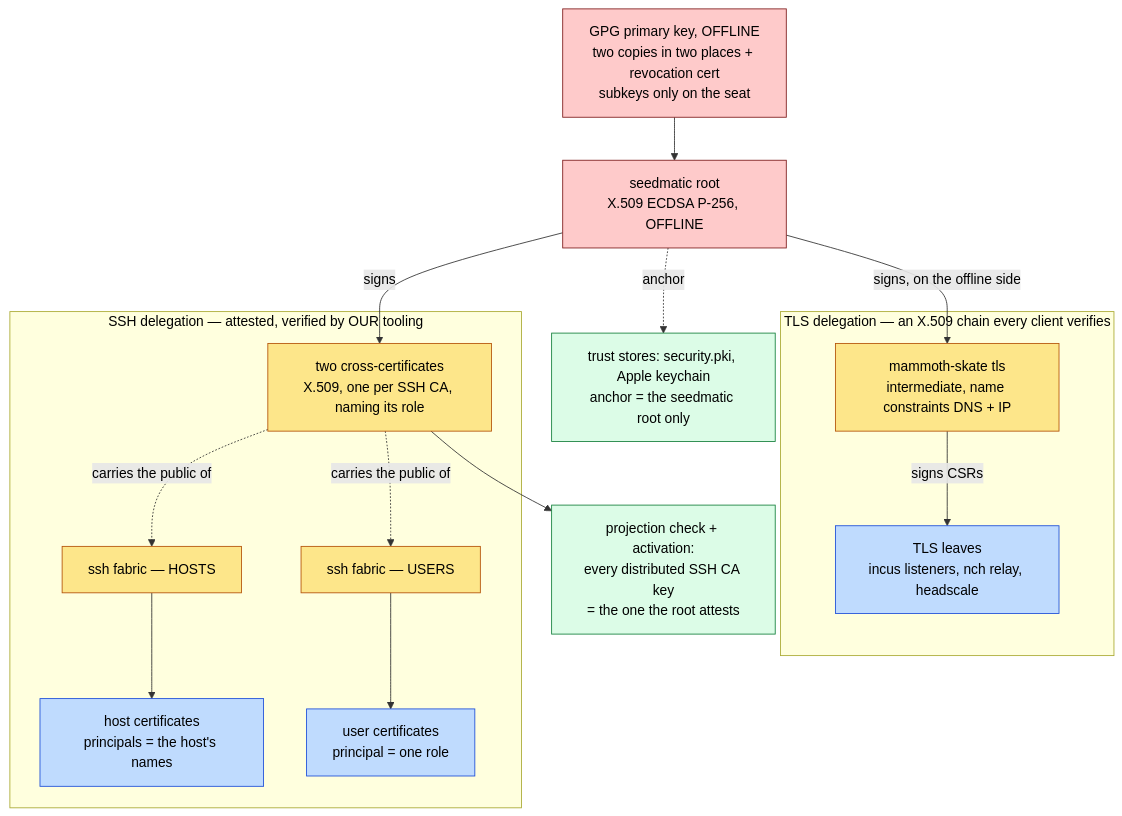
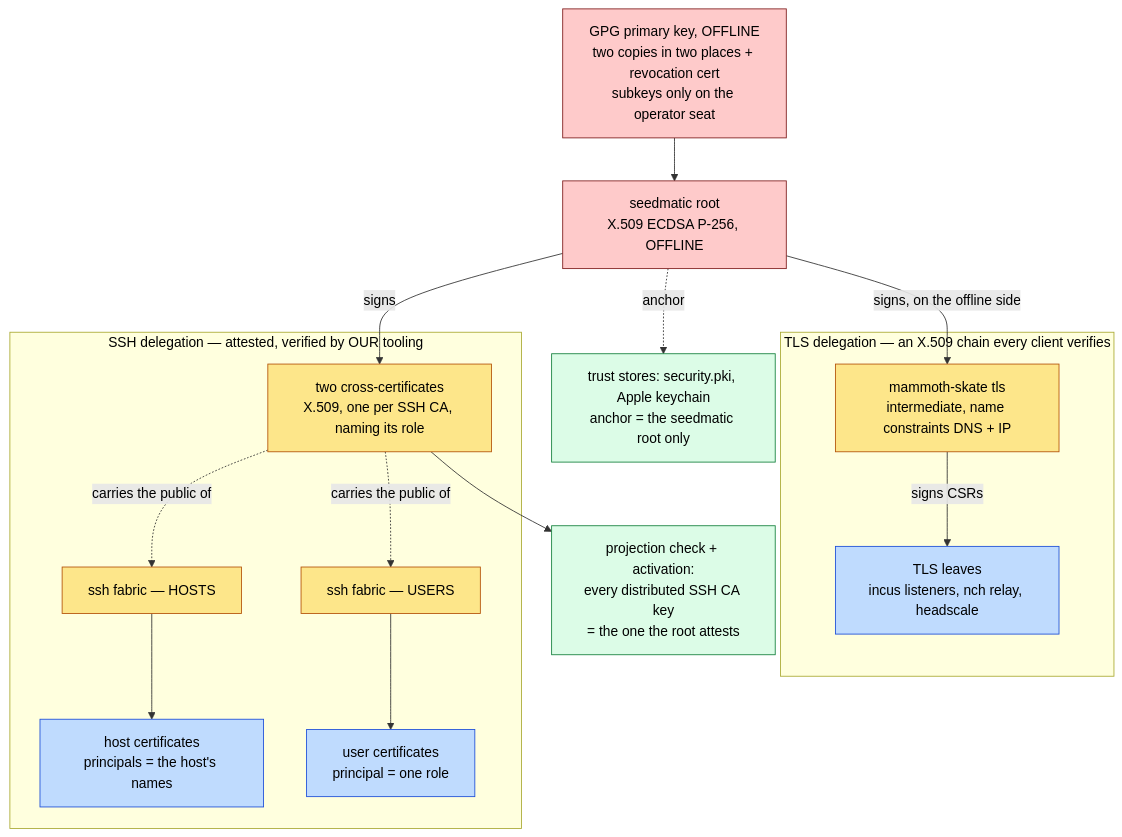
One commit to seedmatic/ndh changed the first of 4 diagrams in docs/ssh-keys-architecture.adoc. Above: the diagram before and after it, drawn with Mermaid. The commit also changed other lines of this file and 47 other files, not shown here.

```diff
--- a/docs/ssh-keys-architecture.adoc
+++ b/docs/ssh-keys-architecture.adoc
@@ -26,38 +26,38 @@
 [mermaid]
 ....
 flowchart TB
   classDef root fill:#fecaca,stroke:#7f1d1d,color:#000
   classDef ca fill:#fde68a,stroke:#b45309,color:#000
   classDef leaf fill:#bfdbfe,stroke:#1d4ed8,color:#000
   classDef chk fill:#dcfce7,stroke:#15803d,color:#000
 
-  PASS["GPG primary key, OFFLINE<br/>two copies in two places + revocation cert<br/>subkeys only on the seat"]:::root
+  PASS["GPG primary key, OFFLINE<br/>two copies in two places + revocation cert<br/>subkeys only on the operator seat"]:::root
   ROOT["seedmatic root<br/>X.509 ECDSA P-256, OFFLINE"]:::root
 
   subgraph TLSD["TLS delegation — an X.509 chain every client verifies"]
     MST["mammoth-skate tls<br/>intermediate, name constraints DNS + IP"]:::ca
     TL["TLS leaves<br/>incus listeners, nch relay, headscale"]:::leaf
   end
 
   subgraph SSHD["SSH delegation — attested, verified by OUR tooling"]
     XC["two cross-certificates<br/>X.509, one per SSH CA, naming its role"]:::ca
     SFH["ssh fabric — HOSTS"]:::ca
     SFU["ssh fabric — USERS"]:::ca
     HC["host certificates<br/>principals = the host's names"]:::leaf
     UC["user certificates<br/>principal = one role"]:::leaf
   end
 
   CHK["projection check + activation:<br/>every distributed SSH CA key<br/>= the one the root attests"]:::chk
   TRUST["trust stores: security.pki, Apple keychain<br/>anchor = the seedmatic root only"]:::chk
 
   PASS --> ROOT
   ROOT -- "signs, on the offline side" --> MST
   MST -- "signs CSRs" --> TL
   ROOT -- "signs" --> XC
   XC -. "carries the public of" .-> SFH
   XC -. "carries the public of" .-> SFU
   SFH --> HC
   SFU --> UC
   XC --> CHK
   ROOT -. "anchor" .-> TRUST
 ....
```
